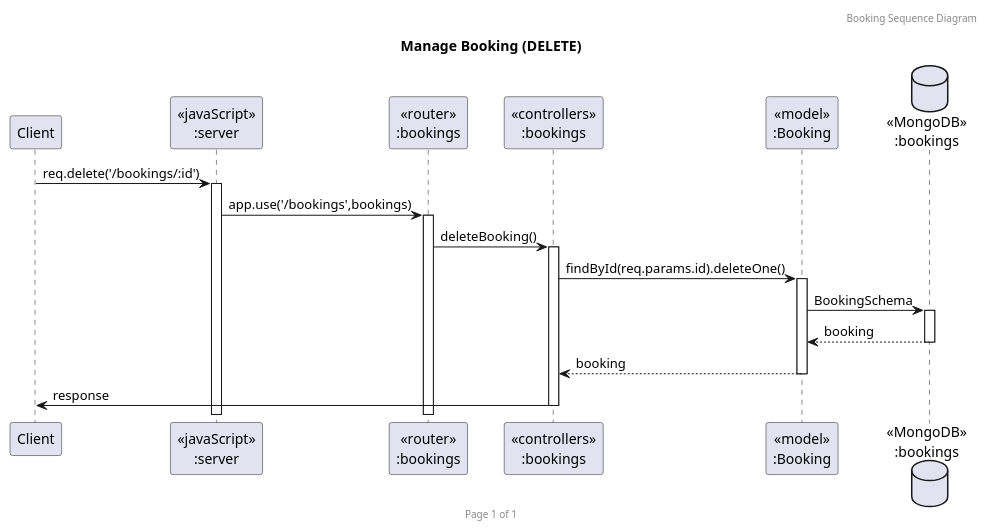
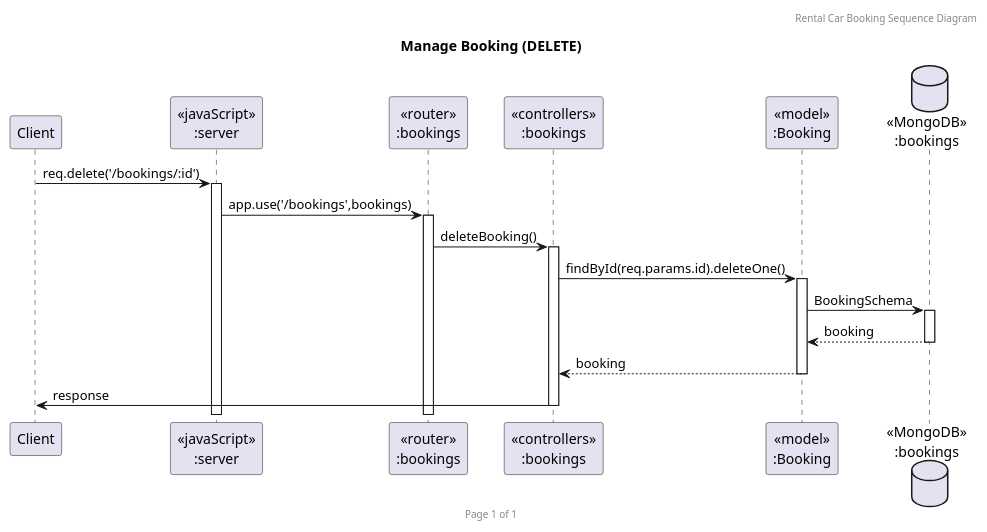
One commit to konglol524/BanDekDek-Backend changed the diagram in UML/sequenceDiagram/Booking/DELETE.puml. Above: the diagram before and after it, drawn with PlantUML. The commit also changed 9 other files, not shown here.

Commit message:
Renamed Header In Diagram

```diff
--- a/UML/sequenceDiagram/Booking/DELETE.puml
+++ b/UML/sequenceDiagram/Booking/DELETE.puml
@@ -1,23 +1,23 @@
 @startuml Manage Booking (DELETE)
 
-header Booking Sequence Diagram
+header Rental Car Booking Sequence Diagram
 footer Page %page% of %lastpage%
 title "Manage Booking (DELETE)"
 
 participant "Client" as client
 participant "<<javaScript>>\n:server" as server
 participant "<<router>>\n:bookings" as routerBookings
 participant "<<controllers>>\n:bookings" as controllersBookings
 participant "<<model>>\n:Booking" as modelBooking
 database "<<MongoDB>>\n:bookings" as BookingsDatabase
 
 client->server ++:req.delete('/bookings/:id')
 server->routerBookings ++:app.use('/bookings',bookings)
 routerBookings -> controllersBookings ++:deleteBooking()
 controllersBookings->modelBooking ++:findById(req.params.id).deleteOne()
 modelBooking ->BookingsDatabase ++: BookingSchema
 BookingsDatabase --> modelBooking --: booking
 controllersBookings <-- modelBooking --:booking
 controllersBookings->client --:response
 
 @enduml
```
